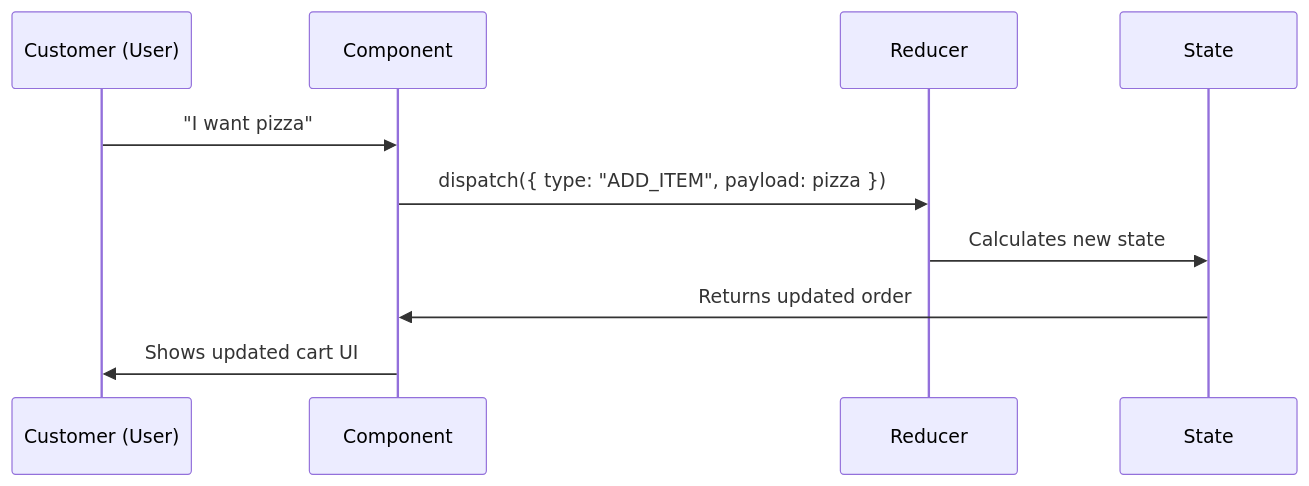
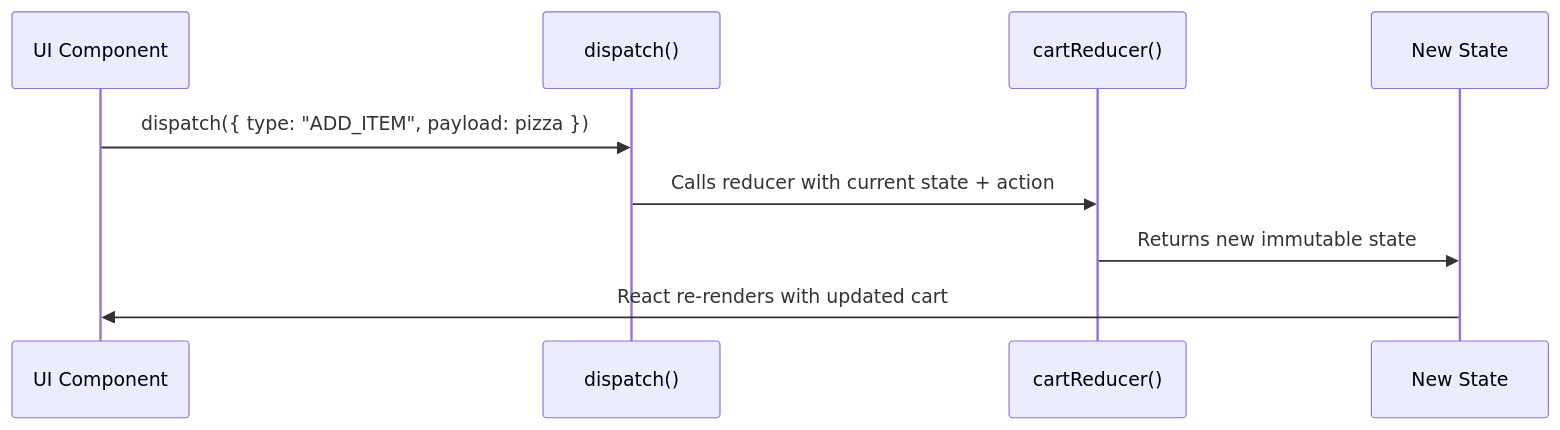
One commit to vaishali86c/React-revision-book changed diagram 14 of 21 in REACT-HOOKS-DEEP-DIVE.md. Above: the diagram before and after it, drawn with Mermaid. The commit also changed other lines of this file, not shown here.

````diff
--- a/REACT-HOOKS-DEEP-DIVE.md
+++ b/REACT-HOOKS-DEEP-DIVE.md
@@ -567,13 +571,12 @@
 ```mermaid
 sequenceDiagram
-    participant Customer as Customer (User)
-    participant Waiter as Component
-    participant Manager as Reducer
-    participant Kitchen as State
+    participant UI as UI Component
+    participant Dispatch as dispatch()
+    participant Reducer as cartReducer()
+    participant State as New State
 
-    Customer->>Waiter: "I want pizza"
-    Waiter->>Manager: dispatch({ type: "ADD_ITEM", payload: pizza })
-    Manager->>Kitchen: Calculates new state
-    Kitchen->>Waiter: Returns updated order
-    Waiter->>Customer: Shows updated cart UI
+    UI->>Dispatch: dispatch({ type: "ADD_ITEM", payload: pizza })
+    Dispatch->>Reducer: Calls reducer with current state + action
+    Reducer->>State: Returns new immutable state
+    State->>UI: React re-renders with updated cart
 ```
````
